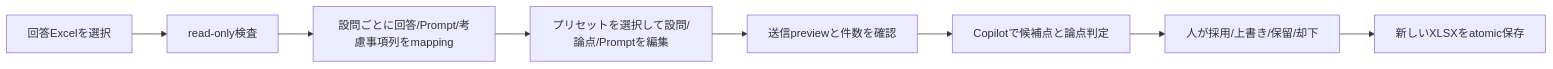
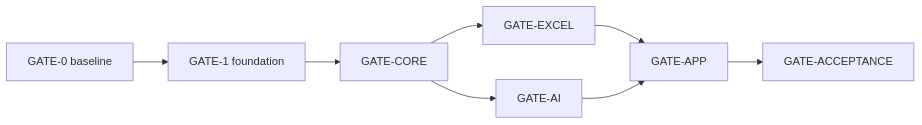
One commit to dahatake/StudyReport-Evaluator changed the second of 2 diagrams in work/20260831-implementation-plan.md. Above: the diagram before and after it, drawn with Mermaid. The commit also changed other lines of this file and 1 other file, not shown here.

Commit message:
docs: redefine dynamic Excel quantification

````diff
--- a/work/20260831-implementation-plan.md
+++ b/work/20260831-implementation-plan.md
@@ -65,10 +139,10 @@
 ```mermaid
 flowchart LR
-    A[回答Excelを選択] --> B[read-only検査]
-    B --> C[設問ごとに回答/Prompt/考慮事項列をmapping]
-    C --> D[プリセットを選択して設問/論点/Promptを編集]
-    D --> E[送信previewと件数を確認]
-    E --> F[Copilotで候補点と論点判定]
-    F --> G[人が採用/上書き/保留/却下]
-    G --> H[新しいXLSXをatomic保存]
+    B[GATE-0 baseline] --> F[GATE-1 foundation]
+    F --> C[GATE-CORE]
+    C --> X[GATE-EXCEL]
+    C --> A[GATE-AI]
+    X --> U[GATE-APP]
+    A --> U
+    U --> E[GATE-ACCEPTANCE]
 ```
````
